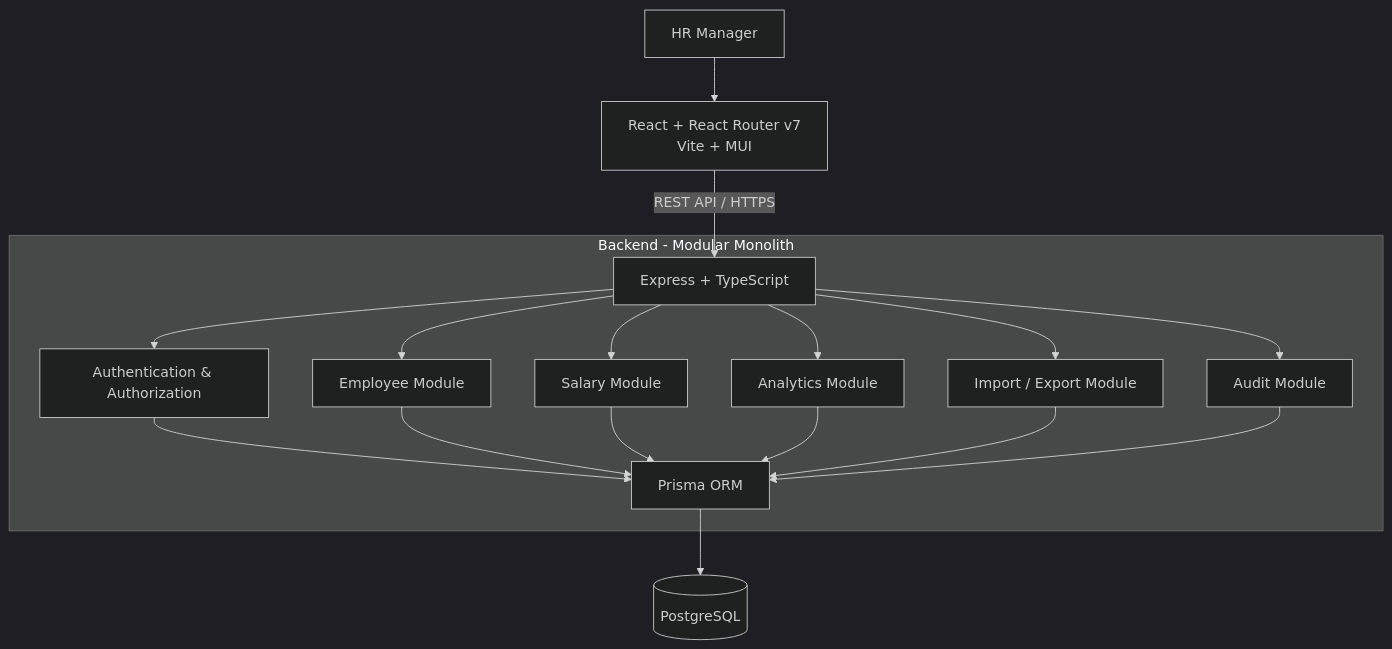
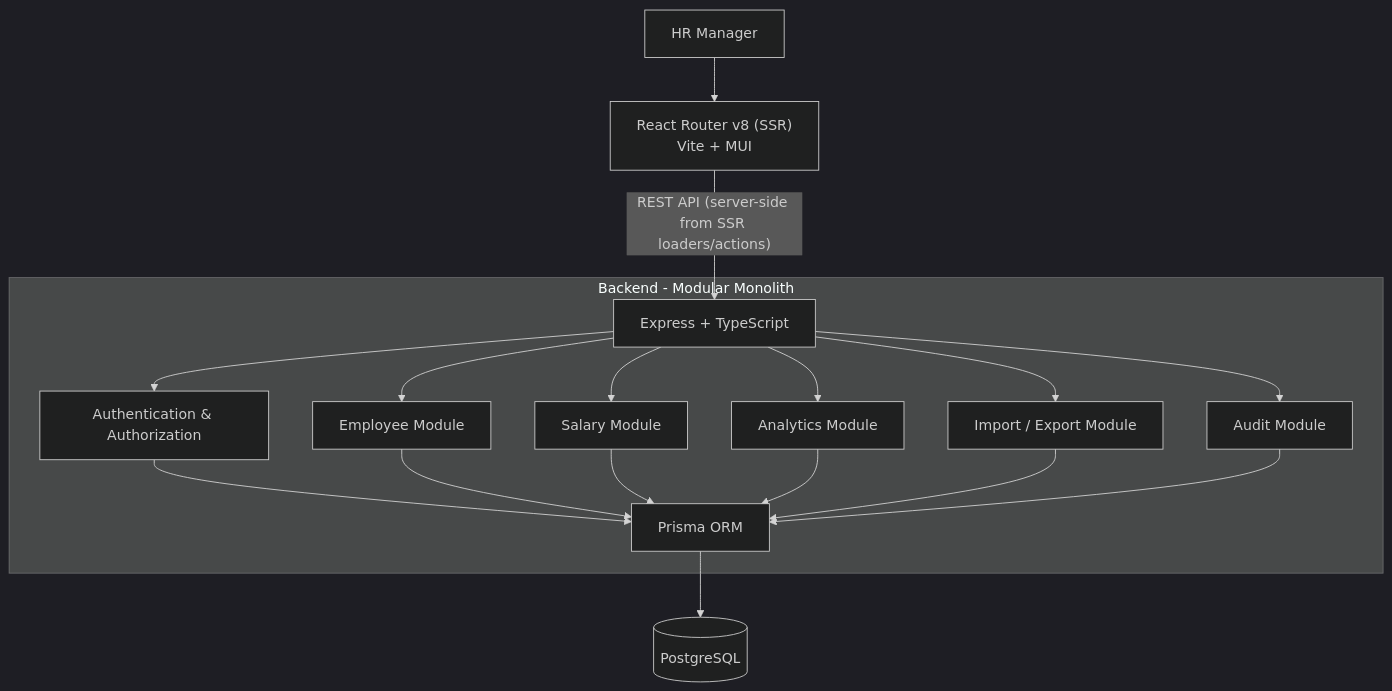
One commit to shrishti11/Salary-Management changed the diagram in docs/02-tech-stack-and-architecture.md. Above: the diagram before and after it, drawn with Mermaid (dark theme). The commit also changed other lines of this file and 6 other files, not shown here.

````diff
--- a/docs/02-tech-stack-and-architecture.md
+++ b/docs/02-tech-stack-and-architecture.md
@@ -62,23 +63,23 @@
 ```mermaid
 flowchart TD
-    U["HR Manager"] --> FE["React + React Router v7<br/>Vite + MUI"]
-    FE -->|"REST API / HTTPS"| API["Express + TypeScript"]
+    U["HR Manager"] --> FE["React Router v8 (SSR)<br/>Vite + MUI"]
+    FE -->|"REST API (server-side from SSR loaders/actions)"| API["Express + TypeScript"]
     
     subgraph Backend["Backend - Modular Monolith"]
         API --> AUTH["Authentication & Authorization"]
         API --> EMP["Employee Module"]
         API --> SAL["Salary Module"]
         API --> ANA["Analytics Module"]
         API --> IMP["Import / Export Module"]
         API --> AUD["Audit Module"]
         
         AUTH --> DBL["Prisma ORM"]
         EMP --> DBL
         SAL --> DBL
         ANA --> DBL
         IMP --> DBL
         AUD --> DBL
     end
     
     DBL --> DB[("PostgreSQL")]
 ```
````
